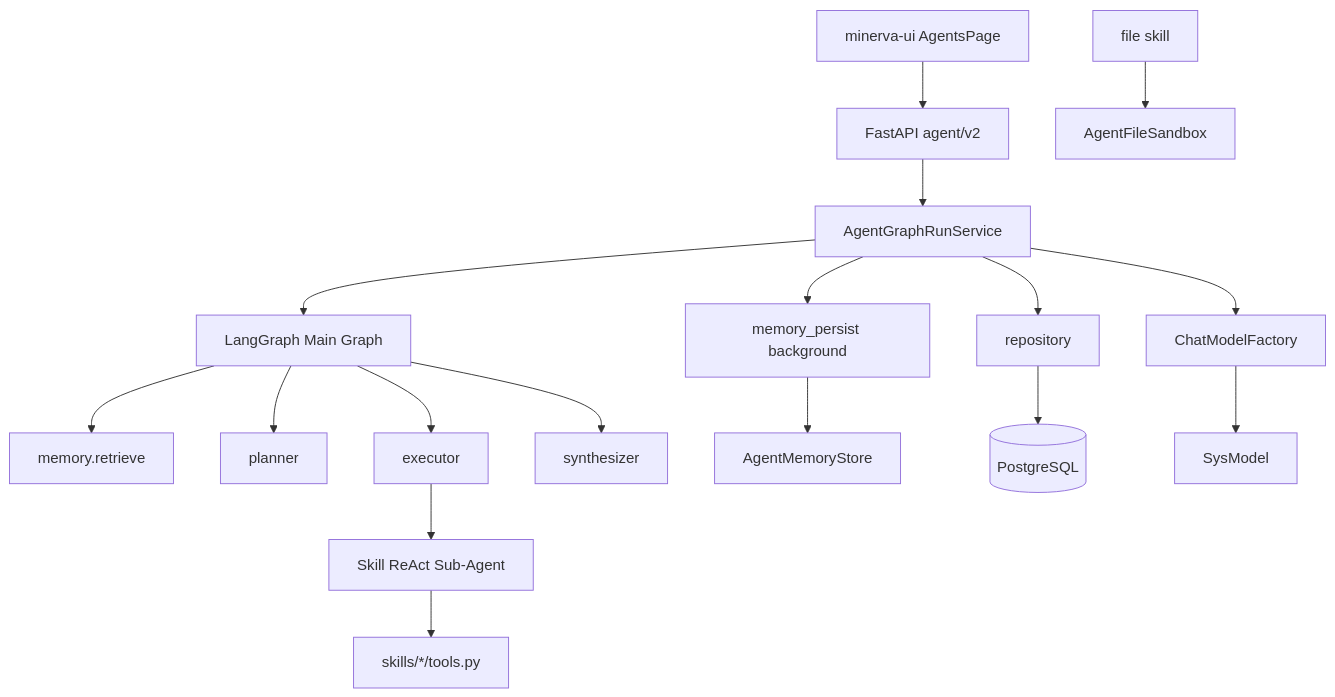
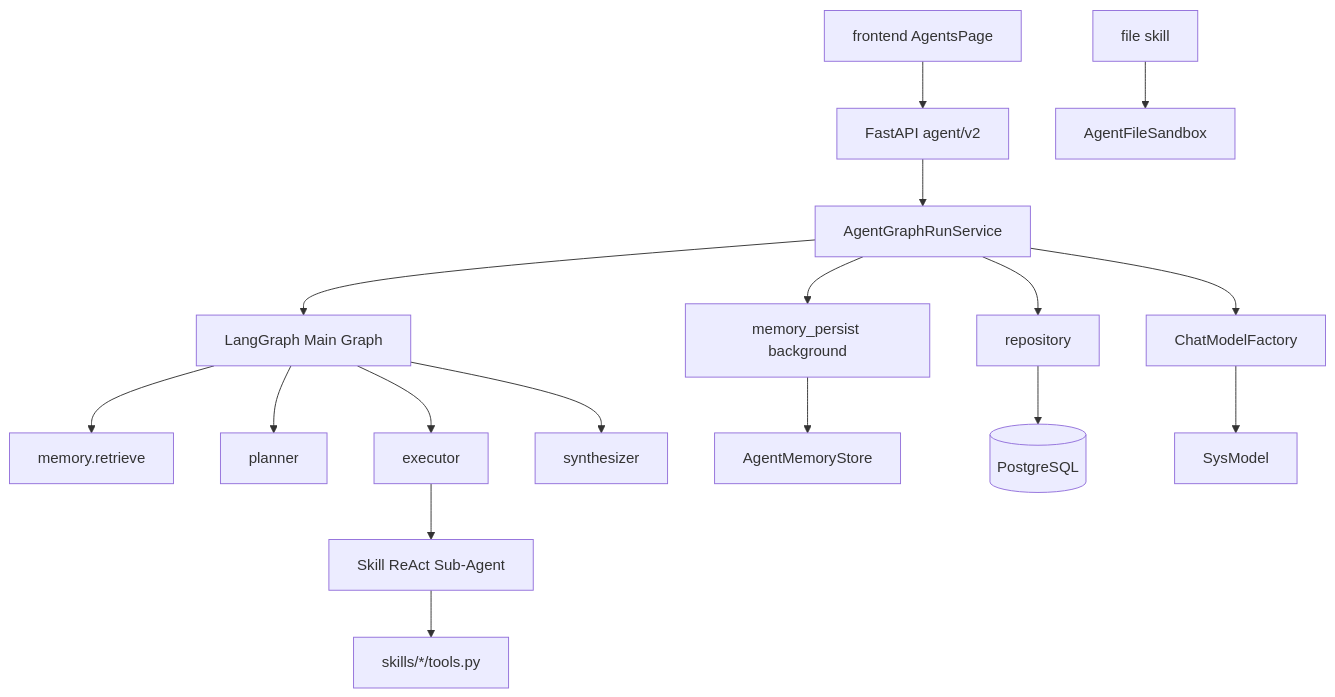
One commit to rongdazhuang-bit/minerva changed the diagram in docs/agent-module-design.md. Above: the diagram before and after it, drawn with Mermaid. The commit also changed other lines of this file and 220 other files, not shown here.

First line of the commit message:
refactor: rename minerva-ui directory to frontend

````diff
--- a/docs/agent-module-design.md
+++ b/docs/agent-module-design.md
@@ -106,19 +106,19 @@
 ```mermaid
 flowchart TB
-    UI[minerva-ui AgentsPage] --> API[FastAPI agent/v2]
+    UI[frontend AgentsPage] --> API[FastAPI agent/v2]
     API --> SVC[AgentGraphRunService]
     SVC --> REPO[repository]
     SVC --> FACTORY[ChatModelFactory]
     SVC --> GRAPH[LangGraph Main Graph]
     GRAPH --> MEM_R[memory.retrieve]
     GRAPH --> PLAN[planner]
     GRAPH --> EXEC[executor]
     EXEC --> SA[Skill ReAct Sub-Agent]
     GRAPH --> SYN[synthesizer]
     SVC --> BG[memory_persist background]
     BG --> MEM_STORE[AgentMemoryStore]
     REPO --> PG[(PostgreSQL)]
     FACTORY --> SYS[SysModel]
     SA --> TOOLS[skills/*/tools.py]
     FILE[file skill] --> SANDBOX[AgentFileSandbox]
 ```
````
